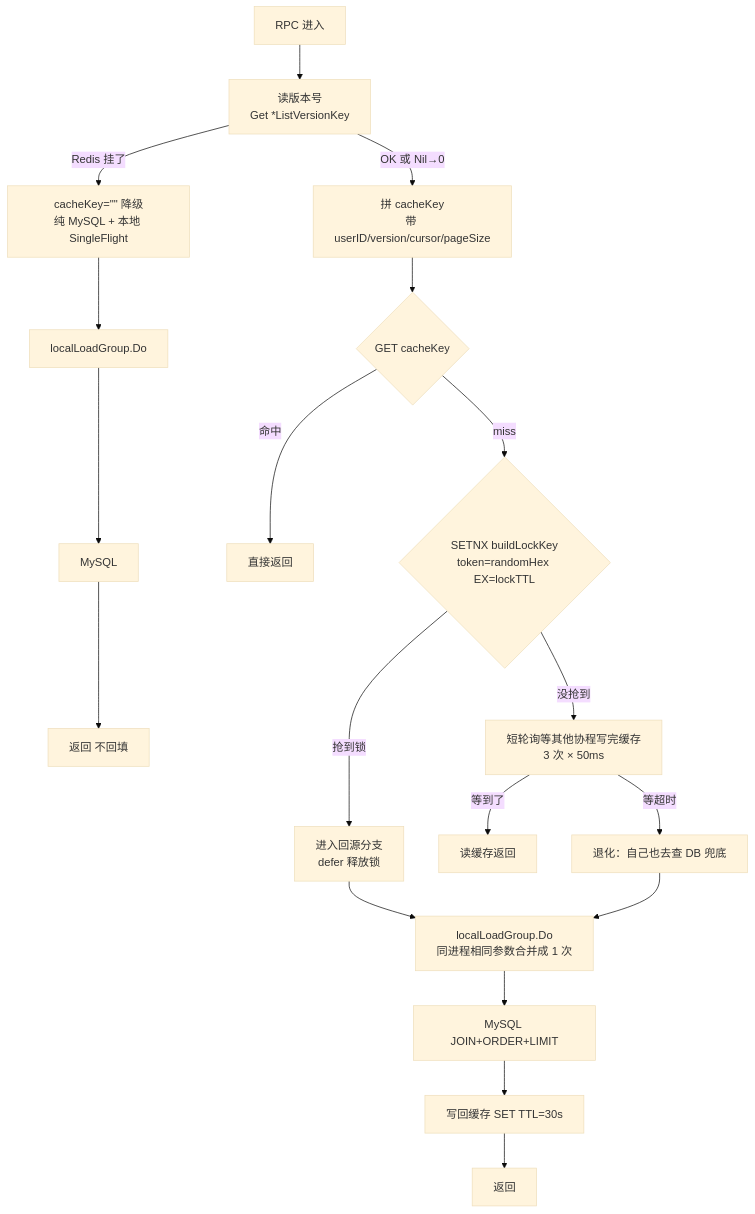
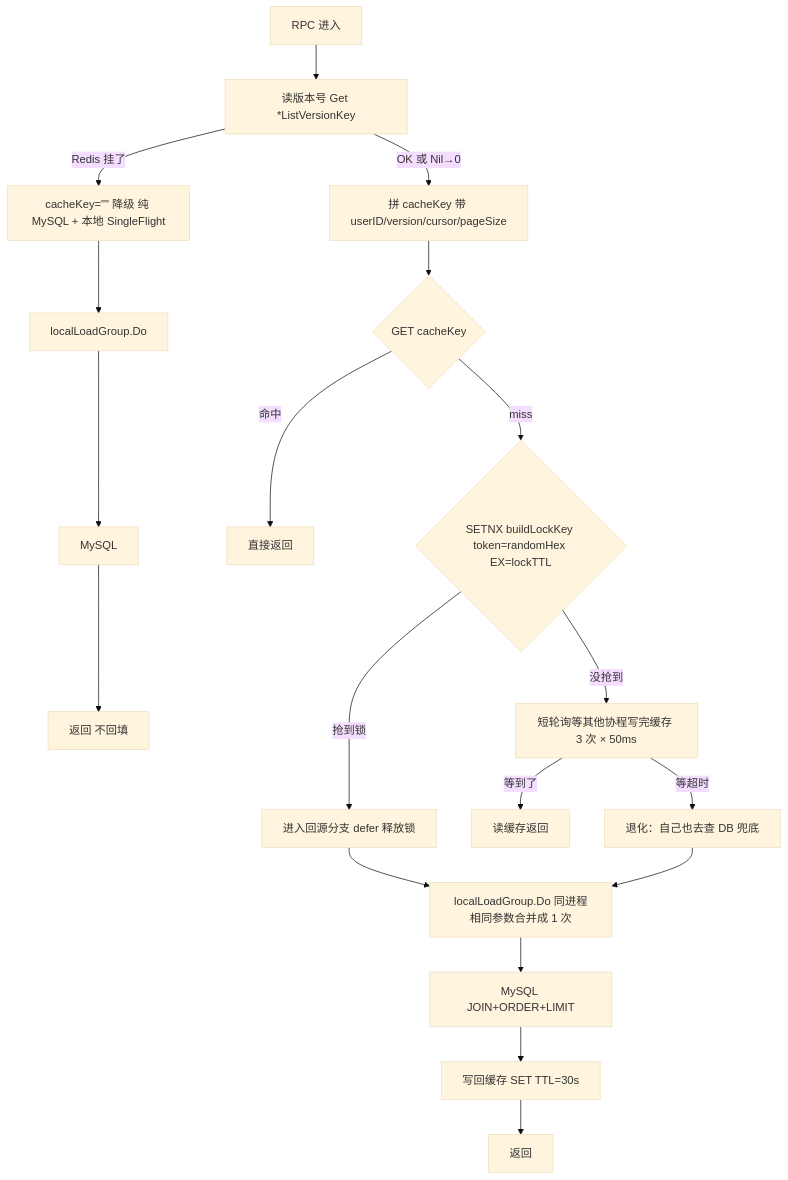
Diagram 26 of 28 in docs/PROJECT_OVERVIEW.md (Redeemz473/feedsystem-zero), drawn with Mermaid (base theme) before and after one commit. The commit also changed other lines of this file, not shown here.

Commit message:
docs(overview): normalize all 28 mermaid diagrams for github renderer (remove 124 br tags and 3 dashed-with-label edges)

````diff
--- a/docs/PROJECT_OVERVIEW.md
+++ b/docs/PROJECT_OVERVIEW.md
@@ -4115,20 +4115,20 @@
 ```mermaid
 flowchart TD
-    A[RPC 进入] --> B[读版本号<br/>Get *ListVersionKey]
-    B -->|Redis 挂了| Z[cacheKey=&quot;&quot; 降级<br/>纯 MySQL + 本地 SingleFlight]
-    B -->|OK 或 Nil→0| C[拼 cacheKey<br/>带 userID/version/cursor/pageSize]
+    A[RPC 进入] --> B[读版本号 Get *ListVersionKey]
+    B -->|Redis 挂了| Z[cacheKey=&quot;&quot; 降级 纯 MySQL + 本地 SingleFlight]
+    B -->|OK 或 Nil→0| C[拼 cacheKey 带 userID/version/cursor/pageSize]
     C --> D{GET cacheKey}
     D -->|命中| R1[直接返回]
-    D -->|miss| E{SETNX buildLockKey<br/>token=randomHex EX=lockTTL}
-    E -->|抢到锁| F[进入回源分支<br/>defer 释放锁]
-    E -->|没抢到| G[短轮询等其他协程写完缓存<br/>3 次 × 50ms]
+    D -->|miss| E{SETNX buildLockKey token=randomHex EX=lockTTL}
+    E -->|抢到锁| F[进入回源分支 defer 释放锁]
+    E -->|没抢到| G[短轮询等其他协程写完缓存 3 次 × 50ms]
     G -->|等到了| R2[读缓存返回]
     G -->|等超时| F2[退化：自己也去查 DB 兜底]
-    F --> H[localLoadGroup.Do<br/>同进程相同参数合并成 1 次]
+    F --> H[localLoadGroup.Do 同进程相同参数合并成 1 次]
     F2 --> H
     H --> I[MySQL JOIN+ORDER+LIMIT]
     I --> J[写回缓存 SET TTL=30s]
     J --> R3[返回]
     Z --> H2[localLoadGroup.Do]
     H2 --> I2[MySQL] --> R4[返回 不回填]
 ```
````
